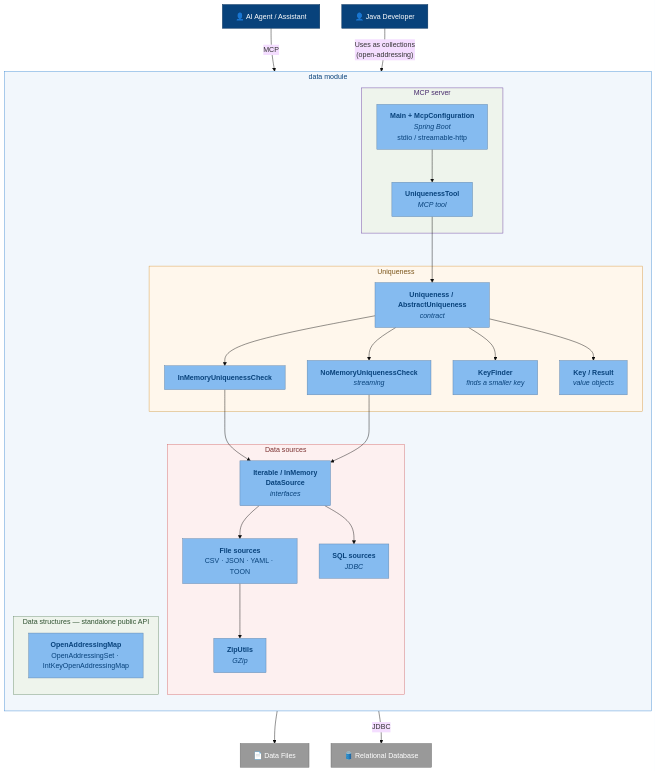
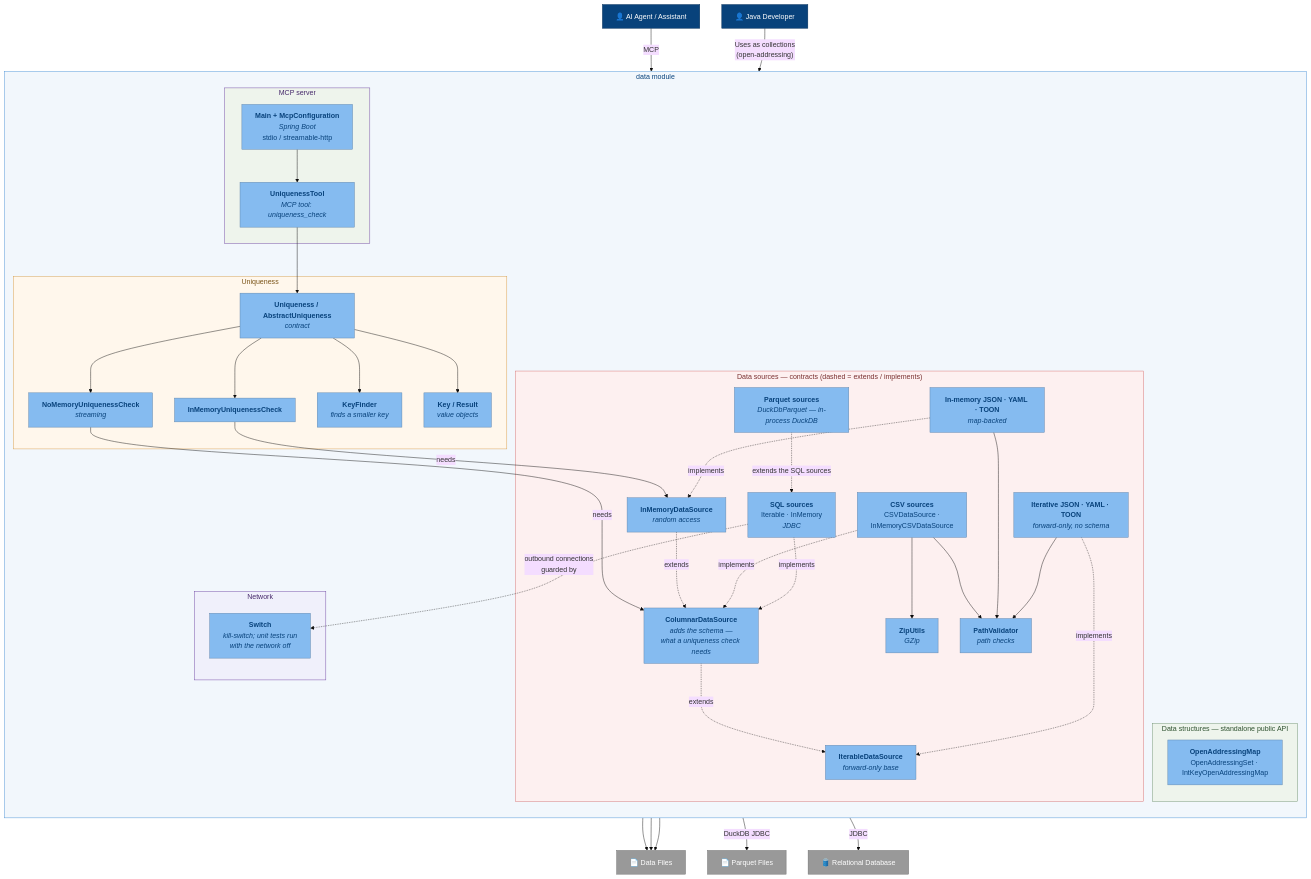
One commit to adamw7/tools changed the third of 10 diagrams in docs/c4-architecture.md. Above: the diagram before and after it, drawn with Mermaid (base theme). The commit also changed other lines of this file and 2 other files, not shown here.

````diff
--- a/docs/c4-architecture.md
+++ b/docs/c4-architecture.md
@@ -137,7 +195,7 @@
 
         subgraph mcpLayer ["MCP server"]
             mcpMain["<b>Main + McpConfiguration</b><br/><i>Spring Boot</i><br/>stdio / streamable-http"]
-            uniqTool["<b>UniquenessTool</b><br/><i>MCP tool</i>"]
+            uniqTool["<b>UniquenessTool</b><br/><i>MCP tool: uniqueness_check</i>"]
         end
 
         subgraph uniq ["Uniqueness"]
@@ -148,20 +206,31 @@
             result["<b>Key / Result</b><br/><i>value objects</i>"]
         end
 
-        subgraph srcs ["Data sources"]
-            srcIfc["<b>Iterable / InMemory<br/>DataSource</b><br/><i>interfaces</i>"]
-            fileSrc["<b>File sources</b><br/>CSV · JSON · YAML · TOON"]
-            dbSrc["<b>SQL sources</b><br/><i>JDBC</i>"]
+        subgraph srcs ["Data sources — contracts (dashed = extends / implements)"]
+            iterIfc["<b>IterableDataSource</b><br/><i>forward-only base</i>"]
+            columnar["<b>ColumnarDataSource</b><br/><i>adds the schema —<br/>what a uniqueness check needs</i>"]
+            inMemIfc["<b>InMemoryDataSource</b><br/><i>random access</i>"]
+            csvSrc["<b>CSV sources</b><br/>CSVDataSource ·<br/>InMemoryCSVDataSource"]
+            dbSrc["<b>SQL sources</b><br/>Iterable · InMemory<br/><i>JDBC</i>"]
+            parquetSrc["<b>Parquet sources</b><br/><i>DuckDbParquet — in-process DuckDB</i>"]
+            jacksonMem["<b>In-memory JSON · YAML · TOON</b><br/><i>map-backed</i>"]
+            jacksonIter["<b>Iterative JSON · YAML · TOON</b><br/><i>forward-only, no schema</i>"]
+            paths["<b>PathValidator</b><br/><i>path checks</i>"]
             compression["<b>ZipUtils</b><br/><i>GZip</i>"]
         end
 
         subgraph struct ["Data structures — standalone public API"]
             structure["<b>OpenAddressingMap</b><br/>OpenAddressingSet · IntKeyOpenAddressingMap"]
         end
+
+        subgraph net ["Network"]
+            switch["<b>Switch</b><br/><i>kill-switch; unit tests run<br/>with the network off</i>"]
+        end
     end
 
     db["🛢️ Relational Database"]
     files["📄 Data Files"]
+    parquet["📄 Parquet Files"]
 
     agent -->|"MCP"| mcpMain
     mcpMain --> uniqTool
@@ -170,24 +239,37 @@
     uniqApi --> noMem
     uniqApi --> keyFinder
     uniqApi --> result
-    inMem --> srcIfc
-    noMem --> srcIfc
-    srcIfc --> fileSrc
-    srcIfc --> dbSrc
-    fileSrc --> compression
-    fileSrc --> files
+    inMem -->|"needs"| inMemIfc
+    noMem -->|"needs"| columnar
+    inMemIfc -.->|"extends"| columnar
+    columnar -.->|"extends"| iterIfc
+    csvSrc -.->|"implements"| columnar
+    dbSrc -.->|"implements"| columnar
+    parquetSrc -.->|"extends the SQL sources"| dbSrc
+    jacksonMem -.->|"implements"| inMemIfc
+    jacksonIter -.->|"implements"| iterIfc
+    csvSrc --> compression
+    csvSrc --> paths
+    jacksonMem --> paths
+    jacksonIter --> paths
+    csvSrc --> files
+    jacksonMem --> files
+    jacksonIter --> files
+    parquetSrc -->|"DuckDB JDBC"| parquet
     dbSrc -->|"JDBC"| db
+    dbSrc -.->|"outbound connections<br/>guarded by"| switch
     dev -->|"Uses as collections<br/>(open-addressing)"| structure
 
     classDef person fill:#08427b,stroke:#052e56,color:#fff
     classDef comp fill:#85bbf0,stroke:#5d82a8,color:#08427b
     classDef ext fill:#999999,stroke:#6b6b6b,color:#fff
     class agent,dev person
-    class mcpMain,uniqTool,uniqApi,inMem,noMem,keyFinder,result,srcIfc,fileSrc,dbSrc,compression,structure comp
-    class db,files ext
+    class mcpMain,uniqTool,uniqApi,inMem,noMem,keyFinder,result,iterIfc,columnar,inMemIfc,csvSrc,dbSrc,parquetSrc,jacksonMem,jacksonIter,paths,compression,structure,switch comp
+    class db,files,parquet ext
     style data fill:#f2f7fc,stroke:#438dd5,color:#08427b
     style mcpLayer fill:#eef4ec,stroke:#6b3fa0,color:#46296b
     style uniq fill:#fff7ec,stroke:#d59a43,color:#7a5418
     style srcs fill:#fdf0f0,stroke:#d56b6b,color:#7a3030
     style struct fill:#eef4ec,stroke:#6b8e6b,color:#2f5230
+    style net fill:#f0f0fb,stroke:#6b3fa0,color:#46296b
 ```
````
